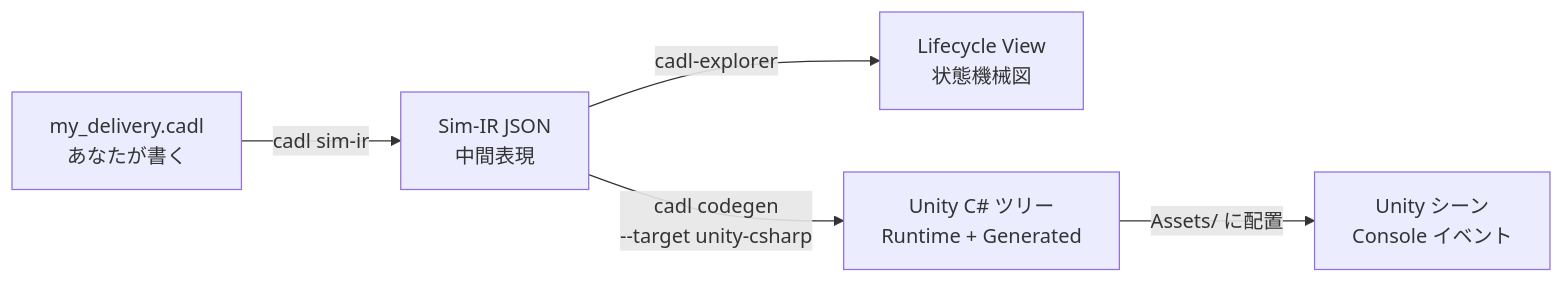
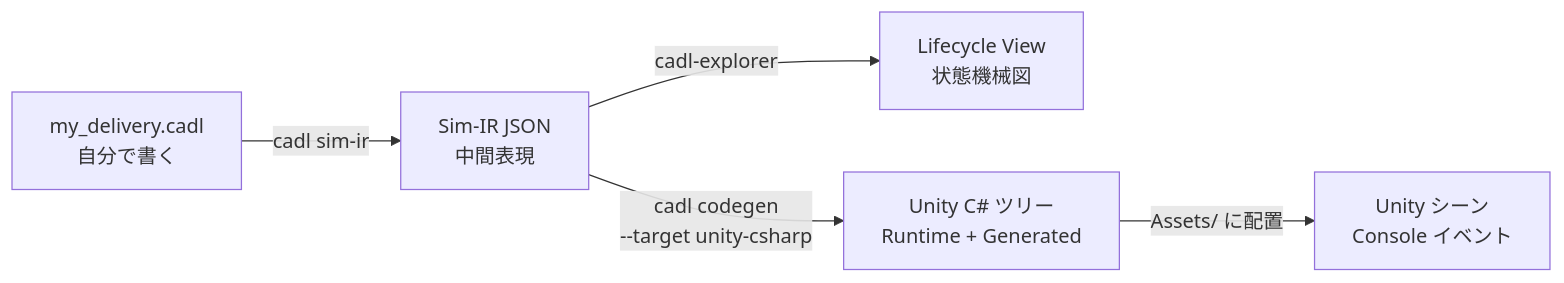
The first of 3 diagrams in i18n/ja/docusaurus-plugin-content-docs/current/handson/main-textbook.md (ertlnagoya/cadl-spec), drawn with Mermaid before and after one commit. The commit also changed other lines of this file and 14 other files, not shown here.

````diff
--- a/i18n/ja/docusaurus-plugin-content-docs/current/handson/main-textbook.md
+++ b/i18n/ja/docusaurus-plugin-content-docs/current/handson/main-textbook.md
@@ -91,12 +91,12 @@
 ```mermaid
 flowchart LR
-  CADL[my_delivery.cadl<br/>あなたが書く]
+  CADL[my_delivery.cadl<br/>自分で書く]
   IR[Sim-IR JSON<br/>中間表現]
   EXPL[Lifecycle View<br/>状態機械図]
   CSH[Unity C# ツリー<br/>Runtime + Generated]
   UNITY[Unity シーン<br/>Console イベント]
   CADL -->|cadl sim-ir| IR
   IR -->|cadl-explorer| EXPL
   IR -->|cadl codegen<br/>--target unity-csharp| CSH
   CSH -->|Assets/ に配置| UNITY
 ```
````
